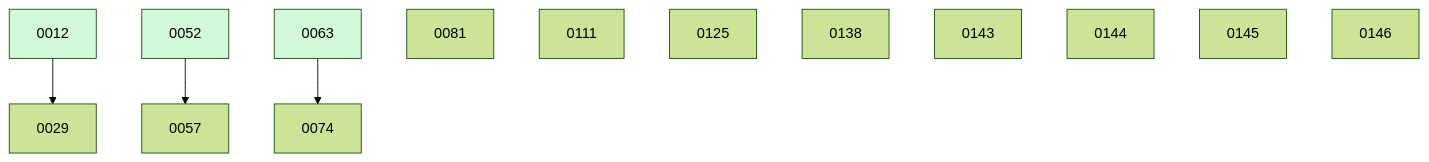
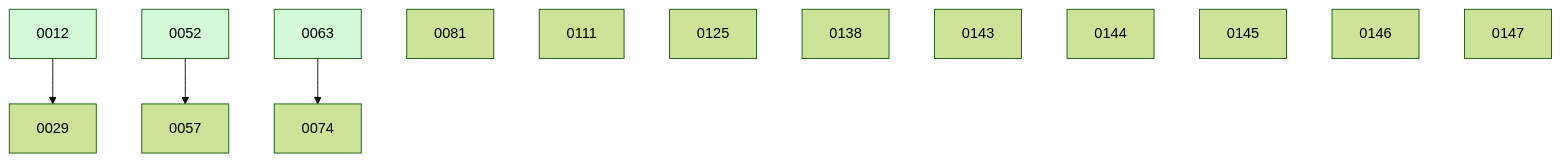
The diagram in docs/changes/BOARD.md (ethanhinson/fuse), drawn with Mermaid (forest theme) before and after one commit. The commit also changed other lines of this file and 1 other file, not shown here.

````diff
--- a/docs/changes/BOARD.md
+++ b/docs/changes/BOARD.md
@@ -36,18 +37,19 @@
 ```mermaid
 graph TD
   0012 --> 0029
   0052 --> 0057
   0063 --> 0074
   0081
   0111
   0125
   0138
   0143
   0144
   0145
   0146
+  0147
   0012:::done
   0052:::done
   0063:::done
   classDef done fill:#d3f9d8;
 ```
````
